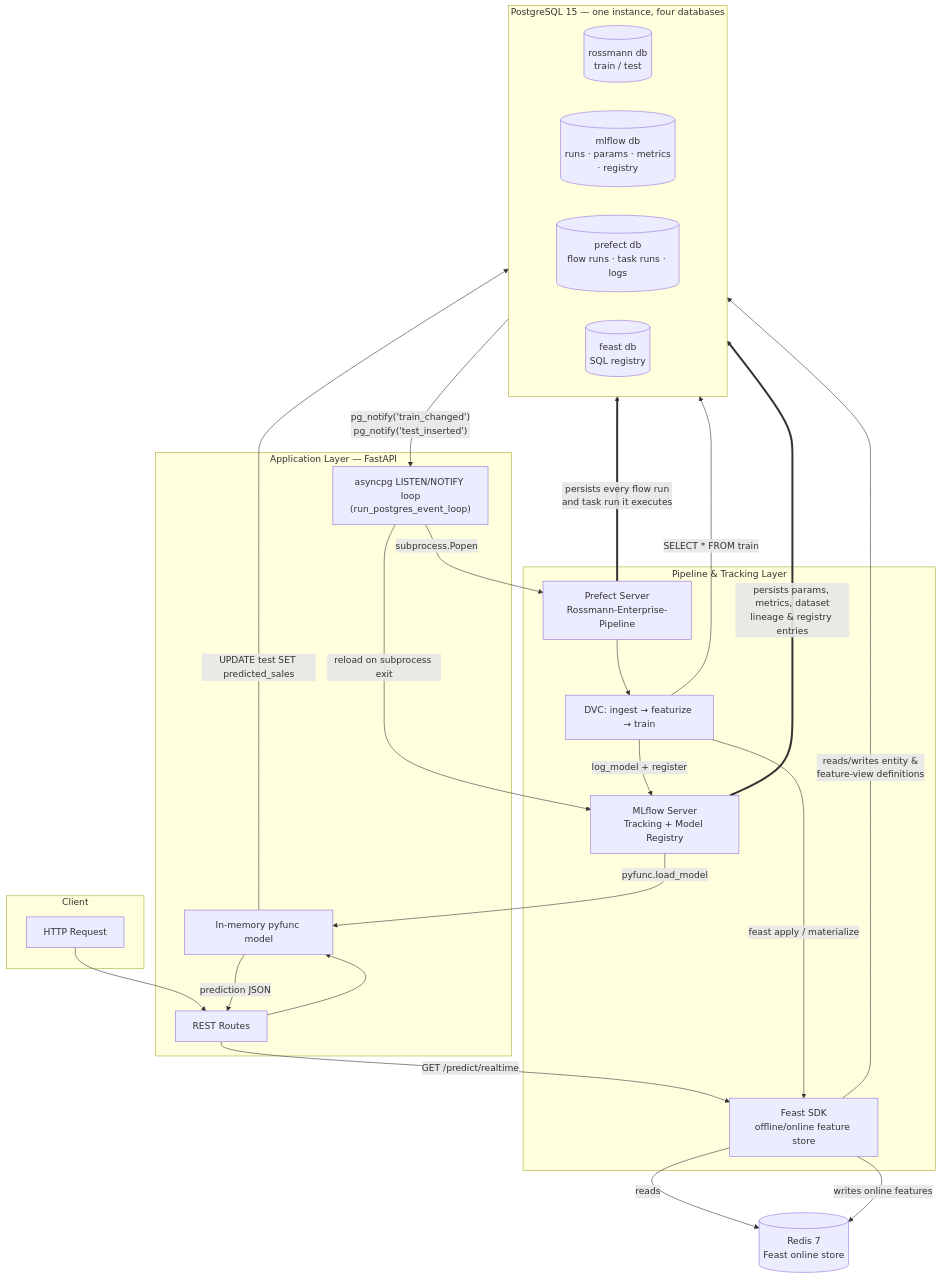
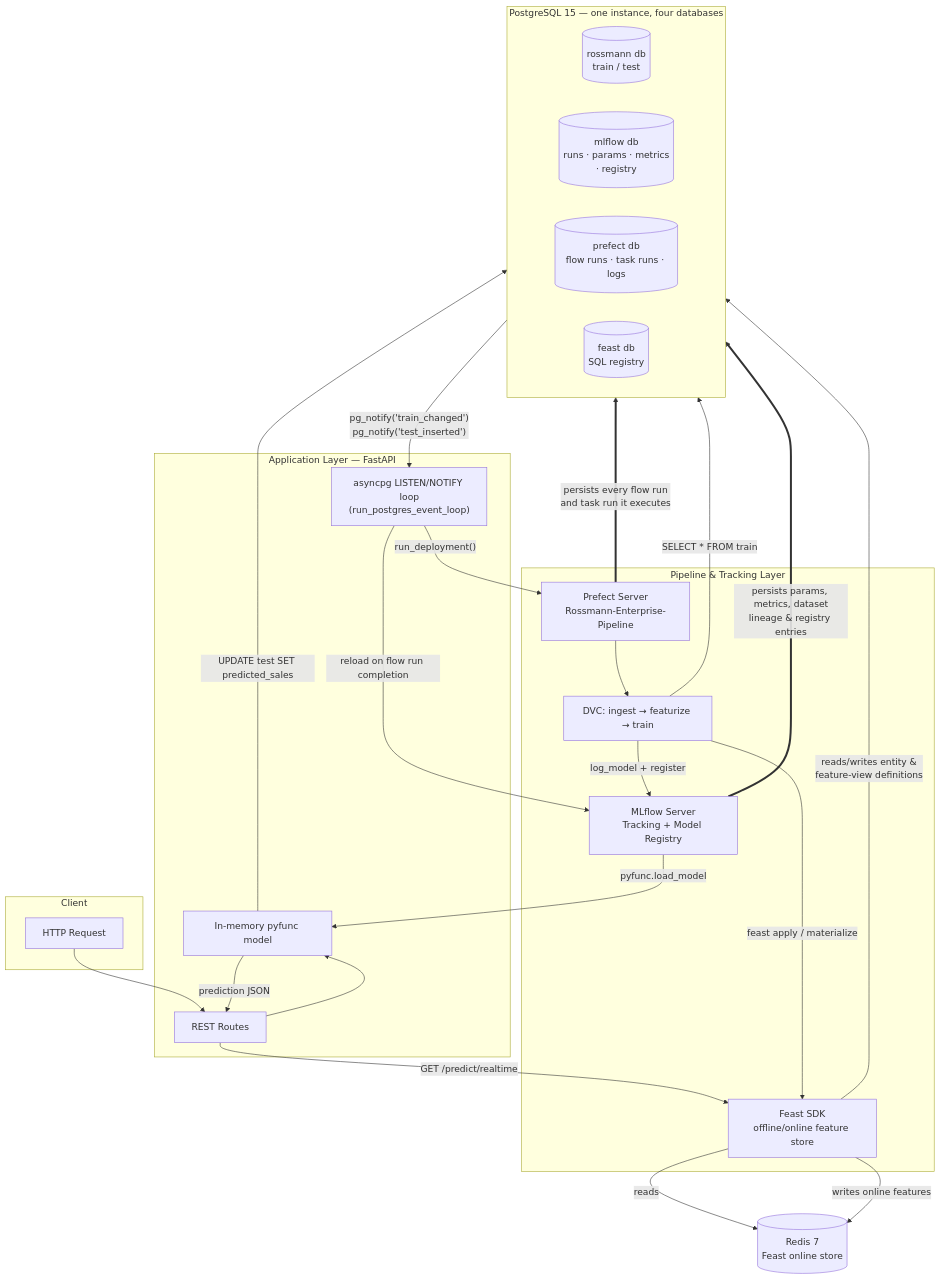
Before and after one commit to benkeddad/mlops-demand-forecast: the first of 2 diagrams in README.md, drawn with Mermaid. The commit also changed other lines of this file and 54 other files, not shown here.

````diff
--- a/README.md
+++ b/README.md
@@ -52,49 +52,49 @@
 ```mermaid
 flowchart TB
     subgraph Client["Client"]
         REQ[HTTP Request]
     end
 
     subgraph App["Application Layer — FastAPI"]
         LISTEN["asyncpg LISTEN/NOTIFY loop<br/>(run_postgres_event_loop)"]
         ROUTES[REST Routes]
         MODEL[In-memory pyfunc model]
     end
 
     subgraph MLOps["Pipeline & Tracking Layer"]
         PRF[Prefect Server<br/>Rossmann-Enterprise-Pipeline]
         DVC["DVC: ingest → featurize → train"]
         MLF[MLflow Server<br/>Tracking + Model Registry]
         FS[Feast SDK<br/>offline/online feature store]
     end
 
     subgraph PGBox["PostgreSQL 15 — one instance, four databases"]
         direction LR
         PGAPP[("rossmann db<br/>train / test")]
         PGMLF[("mlflow db<br/>runs · params · metrics<br/>· registry")]
         PGPRF[("prefect db<br/>flow runs · task runs · logs")]
         PGFS[("feast db<br/>SQL registry")]
     end
 
     RD[(Redis 7<br/>Feast online store)]
 
     REQ --> ROUTES
     ROUTES -->|GET /predict/realtime| FS
     FS -->|reads| RD
     ROUTES --> MODEL
     MODEL -->|prediction JSON| ROUTES
 
     PGAPP -->|"pg_notify('train_changed')<br/>pg_notify('test_inserted')"| LISTEN
-    LISTEN -->|subprocess.Popen| PRF
+    LISTEN -->|"run_deployment()"| PRF
     PRF ==>|"persists every flow run<br/>and task run it executes"| PGPRF
     PRF --> DVC
     DVC -->|"SELECT * FROM train"| PGAPP
     DVC -->|feast apply / materialize| FS
     FS -->|"reads/writes entity &<br/>feature-view definitions"| PGFS
     FS -->|writes online features| RD
     DVC -->|log_model + register| MLF
     MLF ==>|"persists params, metrics, dataset<br/>lineage & registry entries"| PGMLF
-    LISTEN -->|reload on subprocess exit| MLF
+    LISTEN -->|reload on flow run completion| MLF
     MLF -->|pyfunc.load_model| MODEL
     MODEL -->|"UPDATE test SET predicted_sales"| PGAPP
 ```
````
